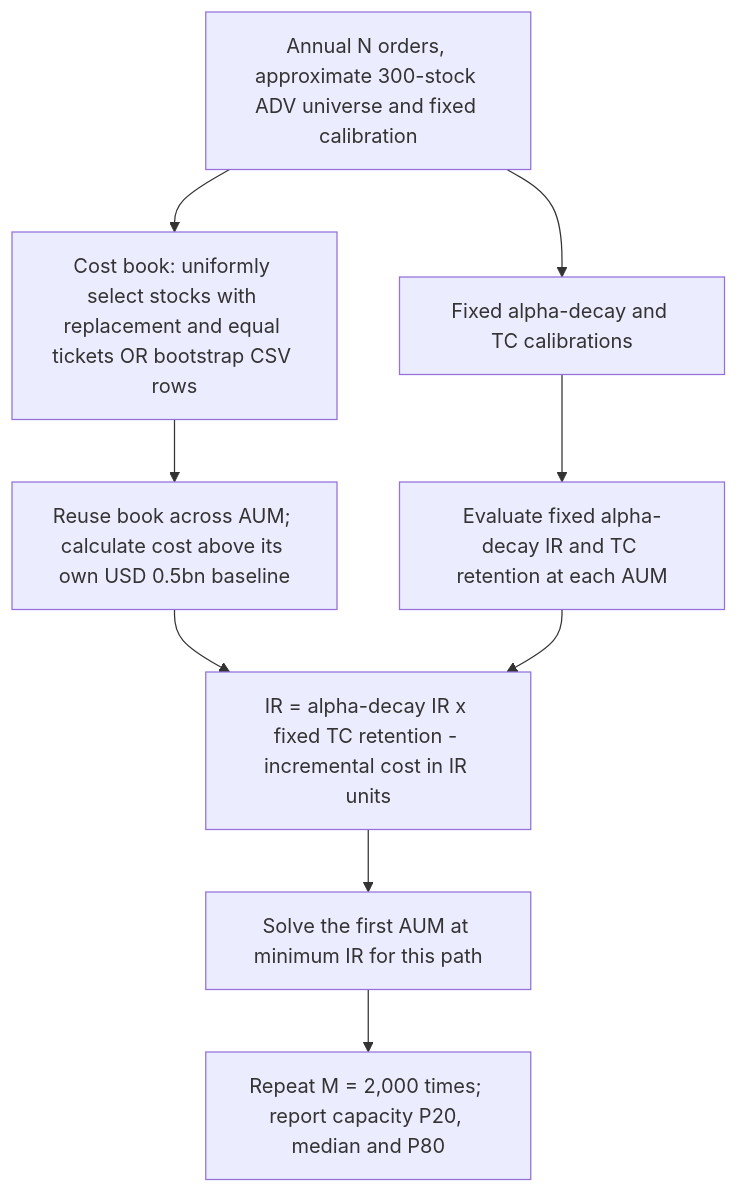
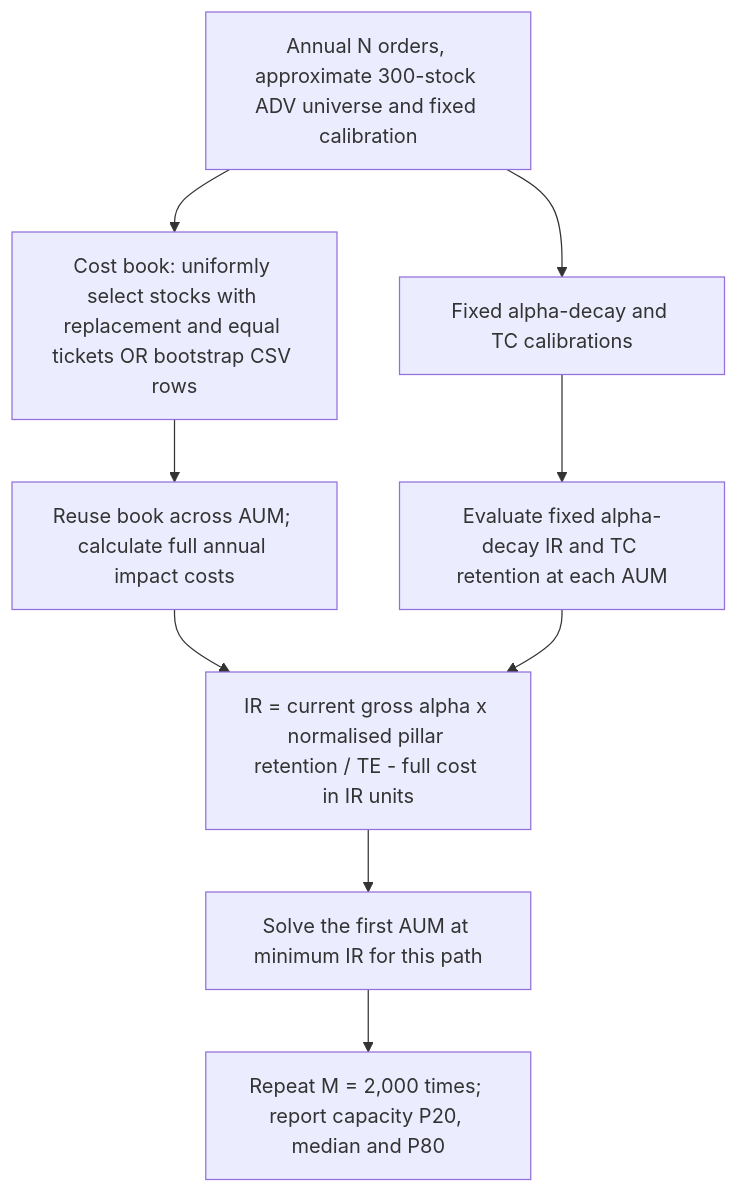
Before and after one commit to roddup75/venera: the diagram in capacity/streamlit/METHODOLOGY.md, drawn with Mermaid. The commit also changed other lines of this file and 12 other files, not shown here.

Commit message:
Unify capacity model and anchor gross alpha at current AUM

````diff
--- a/capacity/streamlit/METHODOLOGY.md
+++ b/capacity/streamlit/METHODOLOGY.md
@@ -126,11 +127,11 @@
 ```mermaid
 flowchart TD
     S["Annual N orders, approximate 300-stock ADV universe and fixed calibration"] --> B["Cost book: uniformly select stocks with replacement and equal tickets OR bootstrap CSV rows"]
     S --> K["Fixed alpha-decay and TC calibrations"]
-    B --> C["Reuse book across AUM; calculate cost above its own USD 0.5bn baseline"]
+    B --> C["Reuse book across AUM; calculate full annual impact costs"]
     K --> I["Evaluate fixed alpha-decay IR and TC retention at each AUM"]
-    C --> R["IR = alpha-decay IR x fixed TC retention - incremental cost in IR units"]
+    C --> R["IR = current gross alpha x normalised pillar retention / TE - full cost in IR units"]
     I --> R
     R --> C1["Solve the first AUM at minimum IR for this path"]
     C1 --> M["Repeat M = 2,000 times; report capacity P20, median and P80"]
 ```
````
